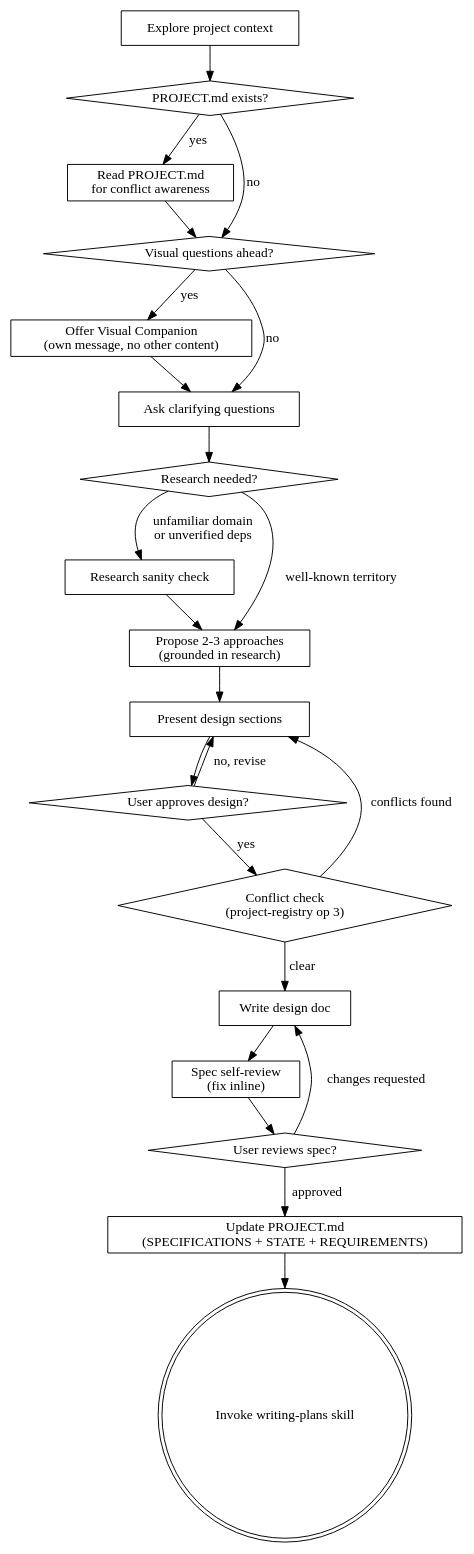
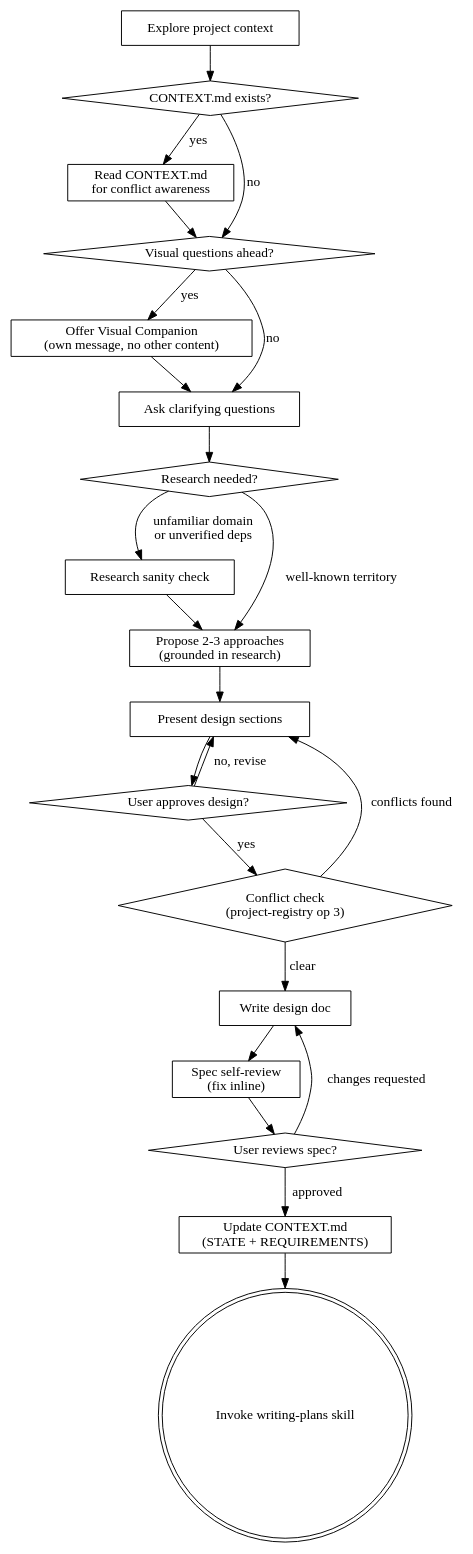
Before and after one commit to jacek2v/superpowers-j2v: the diagram in skills/brainstorming/SKILL.md, drawn with Graphviz. The commit also changed other lines of this file, not shown here.

Commit message:
docs(brainstorming): rename PROJECT.md → CONTEXT.md, drop SPECIFICATIONS
Propagates project-registry rename. Step 12 no longer instructs to
'update SPECIFICATIONS prose' — that section is removed from the new
CONTEXT.md template. Flowchart node labels updated (3 occurrences of
'(SPECIFICATIONS + STATE + REQUIREMENTS)' → '(STATE + REQUIREMENTS)').
Refactoring mode step 12 guidance updated to reference CONTEXT.md STATE.

````diff
--- a/skills/brainstorming/SKILL.md
+++ b/skills/brainstorming/SKILL.md
@@ -51,44 +51,44 @@
 ```dot
 digraph brainstorming {
     "Explore project context" [shape=box];
-    "PROJECT.md exists?" [shape=diamond];
-    "Read PROJECT.md\nfor conflict awareness" [shape=box];
+    "CONTEXT.md exists?" [shape=diamond];
+    "Read CONTEXT.md\nfor conflict awareness" [shape=box];
     "Visual questions ahead?" [shape=diamond];
     "Offer Visual Companion\n(own message, no other content)" [shape=box];
     "Ask clarifying questions" [shape=box];
     "Research needed?" [shape=diamond];
     "Research sanity check" [shape=box];
     "Propose 2-3 approaches\n(grounded in research)" [shape=box];
     "Present design sections" [shape=box];
     "User approves design?" [shape=diamond];
     "Write design doc" [shape=box];
     "Spec self-review\n(fix inline)" [shape=box];
     "User reviews spec?" [shape=diamond];
-    "Update PROJECT.md\n(SPECIFICATIONS + STATE + REQUIREMENTS)" [shape=box];
+    "Update CONTEXT.md\n(STATE + REQUIREMENTS)" [shape=box];
     "Invoke writing-plans skill" [shape=doublecircle];
 
-    "Explore project context" -> "PROJECT.md exists?";
-    "PROJECT.md exists?" -> "Read PROJECT.md\nfor conflict awareness" [label="yes"];
-    "PROJECT.md exists?" -> "Visual questions ahead?" [label="no"];
-    "Read PROJECT.md\nfor conflict awareness" -> "Visual questions ahead?";
+    "Explore project context" -> "CONTEXT.md exists?";
+    "CONTEXT.md exists?" -> "Read CONTEXT.md\nfor conflict awareness" [label="yes"];
+    "CONTEXT.md exists?" -> "Visual questions ahead?" [label="no"];
+    "Read CONTEXT.md\nfor conflict awareness" -> "Visual questions ahead?";
     "Visual questions ahead?" -> "Offer Visual Companion\n(own message, no other content)" [label="yes"];
     "Visual questions ahead?" -> "Ask clarifying questions" [label="no"];
     "Offer Visual Companion\n(own message, no other content)" -> "Ask clarifying questions";
     "Ask clarifying questions" -> "Research needed?";
     "Research needed?" -> "Research sanity check" [label="unfamiliar domain\nor unverified deps"];
     "Research needed?" -> "Propose 2-3 approaches\n(grounded in research)" [label="well-known territory"];
     "Research sanity check" -> "Propose 2-3 approaches\n(grounded in research)";
     "Propose 2-3 approaches\n(grounded in research)" -> "Present design sections";
     "Present design sections" -> "User approves design?";
     "User approves design?" -> "Present design sections" [label="no, revise"];
     "User approves design?" -> "Conflict check\n(project-registry op 3)" [label="yes"];
     "Conflict check\n(project-registry op 3)" [shape=diamond];
     "Conflict check\n(project-registry op 3)" -> "Present design sections" [label="conflicts found"];
     "Conflict check\n(project-registry op 3)" -> "Write design doc" [label="clear"];
     "Write design doc" -> "Spec self-review\n(fix inline)";
     "Spec self-review\n(fix inline)" -> "User reviews spec?";
     "User reviews spec?" -> "Write design doc" [label="changes requested"];
-    "User reviews spec?" -> "Update PROJECT.md\n(SPECIFICATIONS + STATE + REQUIREMENTS)" [label="approved"];
-    "Update PROJECT.md\n(SPECIFICATIONS + STATE + REQUIREMENTS)" -> "Invoke writing-plans skill";
+    "User reviews spec?" -> "Update CONTEXT.md\n(STATE + REQUIREMENTS)" [label="approved"];
+    "Update CONTEXT.md\n(STATE + REQUIREMENTS)" -> "Invoke writing-plans skill";
 }
 ```
````
